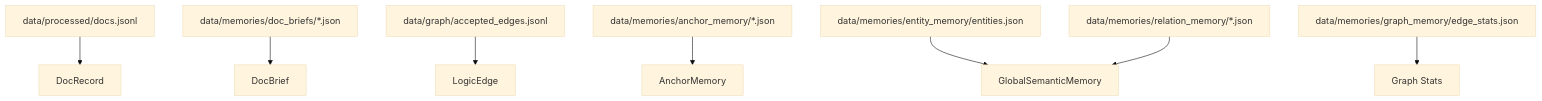
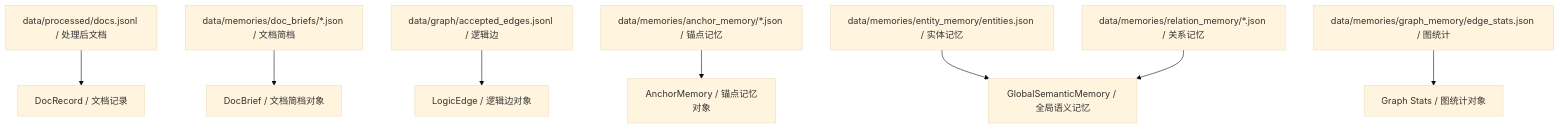
Before and after one commit to DocuMind-Team/gl-hnsw: the third of 4 diagrams in docs/architecture.md, drawn with Mermaid (base theme). The commit also changed other lines of this file and 1 other file, not shown here.

Commit message:
docs(mermaid): bilingualize diagram labels

````diff
--- a/docs/architecture.md
+++ b/docs/architecture.md
@@ -309,10 +309,10 @@
 ```mermaid
 flowchart TD
-    A["data/processed/docs.jsonl"] --> B["DocRecord"]
-    C["data/memories/doc_briefs/*.json"] --> D["DocBrief"]
-    E["data/graph/accepted_edges.jsonl"] --> F["LogicEdge"]
-    G["data/memories/anchor_memory/*.json"] --> H["AnchorMemory"]
-    I["data/memories/entity_memory/entities.json"] --> J["GlobalSemanticMemory"]
-    K["data/memories/relation_memory/*.json"] --> J
-    L["data/memories/graph_memory/edge_stats.json"] --> M["Graph Stats"]
+    A["data/processed/docs.jsonl / 处理后文档"] --> B["DocRecord / 文档记录"]
+    C["data/memories/doc_briefs/*.json / 文档简档"] --> D["DocBrief / 文档简档对象"]
+    E["data/graph/accepted_edges.jsonl / 逻辑边"] --> F["LogicEdge / 逻辑边对象"]
+    G["data/memories/anchor_memory/*.json / 锚点记忆"] --> H["AnchorMemory / 锚点记忆对象"]
+    I["data/memories/entity_memory/entities.json / 实体记忆"] --> J["GlobalSemanticMemory / 全局语义记忆"]
+    K["data/memories/relation_memory/*.json / 关系记忆"] --> J
+    L["data/memories/graph_memory/edge_stats.json / 图统计"] --> M["Graph Stats / 图统计对象"]
 ```
````
